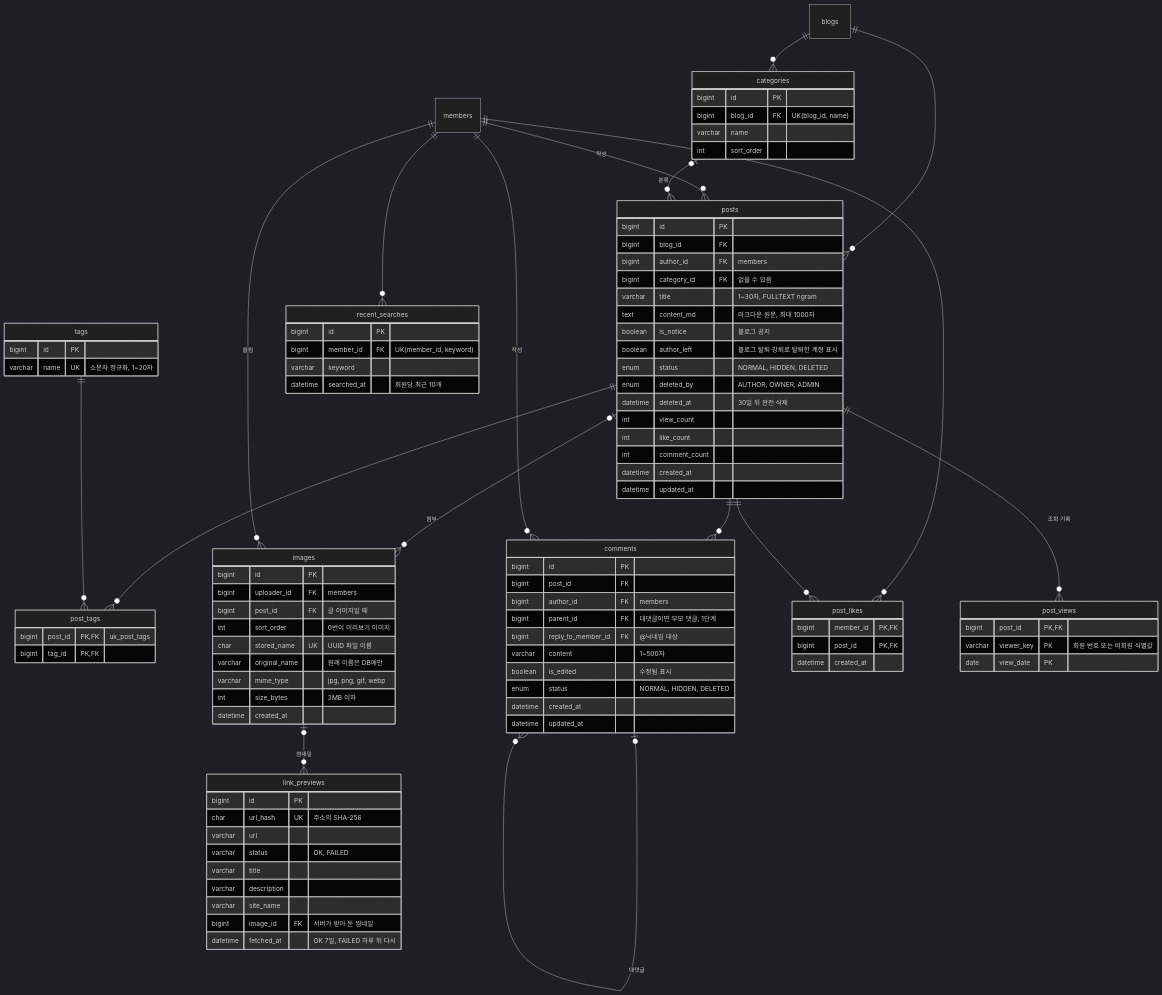
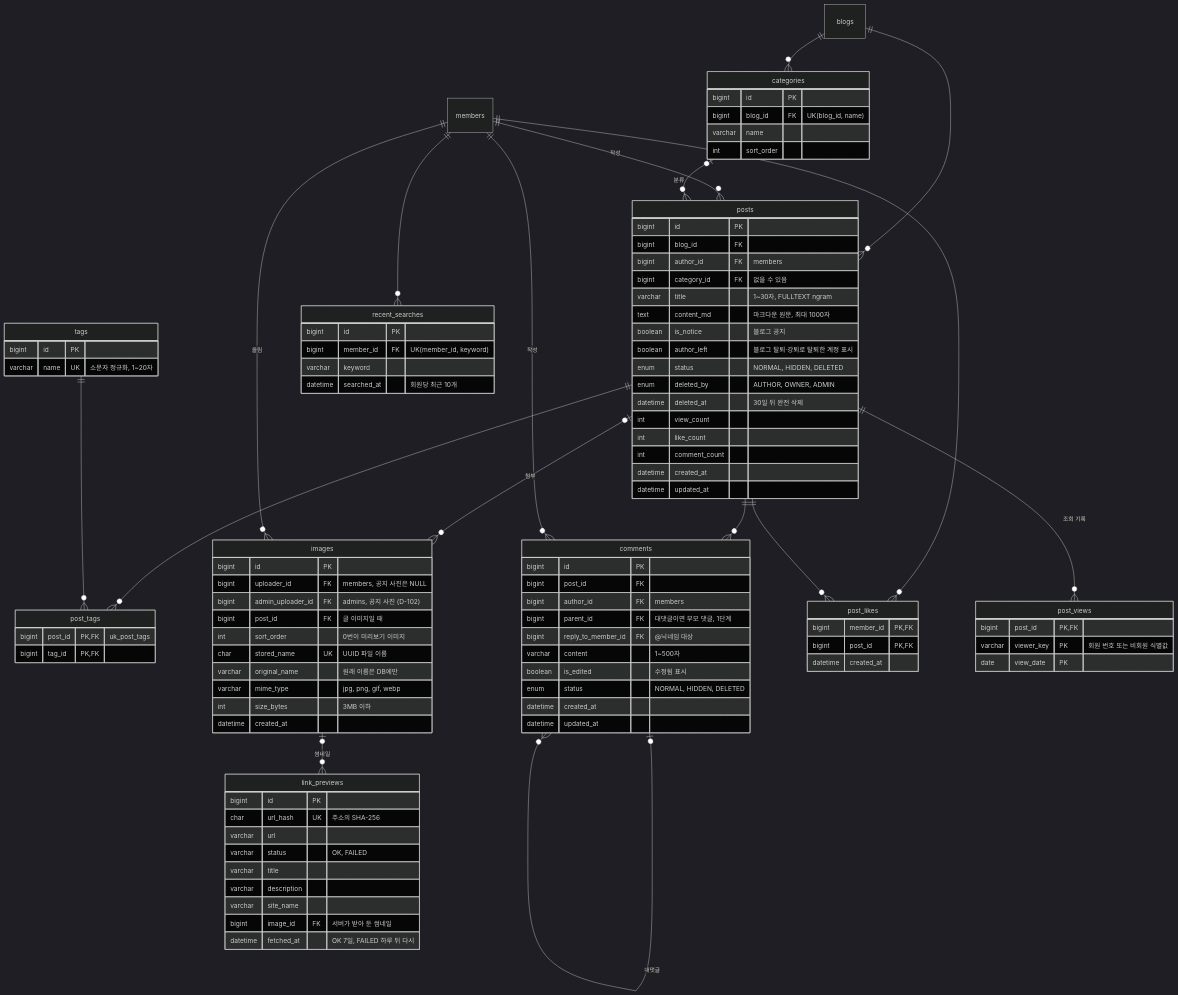
The fourth of 6 diagrams in docs/04-design/ERD.md (blogNM/blogproject), drawn with Mermaid (dark theme) before and after one commit. The commit also changed 19 other files, not shown here.

```diff
--- a/docs/04-design/ERD.md
+++ b/docs/04-design/ERD.md
@@ -291,7 +291,8 @@
     }
     images {
         bigint id PK
-        bigint uploader_id FK "members"
+        bigint uploader_id FK "members, 공지 사진은 NULL"
+        bigint admin_uploader_id FK "admins, 공지 사진 (D-102)"
         bigint post_id FK "글 이미지일 때"
         int sort_order "0번이 미리보기 이미지"
         char stored_name UK "UUID 파일 이름"
```
